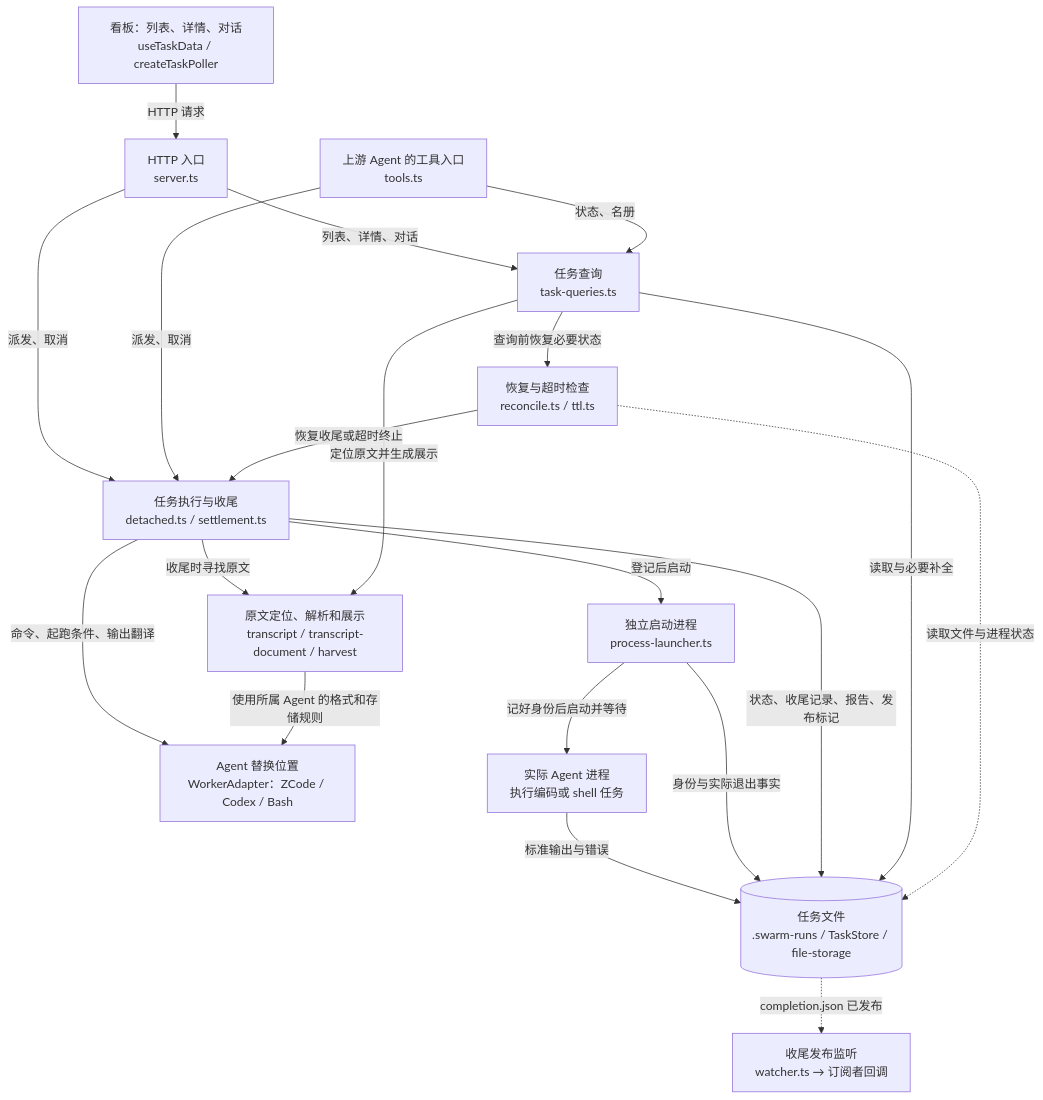
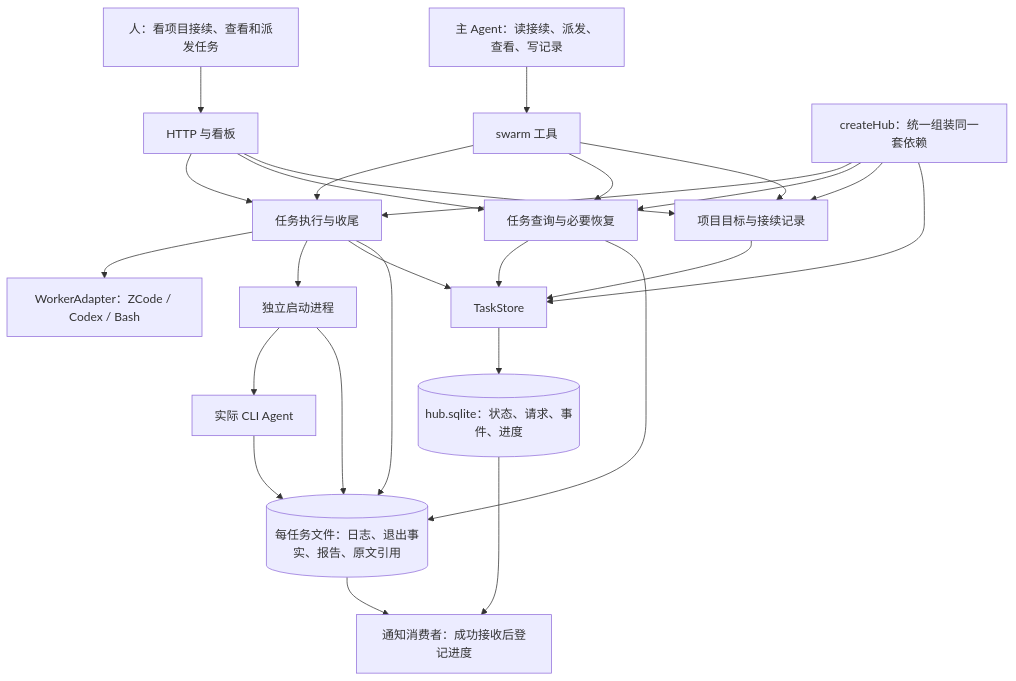
Before and after one commit to zhm20001/agent-hub: the first of 2 diagrams in docs/ARCHITECTURE.md, drawn with Mermaid. The commit also changed other lines of this file and 4 other files, not shown here.

````diff
--- a/docs/ARCHITECTURE.md
+++ b/docs/ARCHITECTURE.md
@@ -19,35 +13,28 @@
 ```mermaid
 flowchart TB
-    Board["看板：列表、详情、对话<br/>useTaskData / createTaskPoller"]
-    HTTP["HTTP 入口<br/>server.ts"]
-    Tools["上游 Agent 的工具入口<br/>tools.ts"]
-    Life["任务执行与收尾<br/>detached.ts / settlement.ts"]
-    Query["任务查询<br/>task-queries.ts"]
-    Adapter["Agent 替换位置<br/>WorkerAdapter：ZCode / Codex / Bash"]
-    Launch["独立启动进程<br/>process-launcher.ts"]
-    Agent["实际 Agent 进程<br/>执行编码或 shell 任务"]
-    Transcript["原文定位、解析和展示<br/>transcript / transcript-document / harvest"]
-    Files[("任务文件<br/>.swarm-runs / TaskStore / file-storage")]
-    Guard["恢复与超时检查<br/>reconcile.ts / ttl.ts"]
-    Notice["收尾发布监听<br/>watcher.ts → 订阅者回调"]
-
-    Board -->|HTTP 请求| HTTP
-    HTTP -->|派发、取消| Life
-    Tools -->|派发、取消| Life
-    HTTP -->|列表、详情、对话| Query
-    Tools -->|状态、名册| Query
-    Life -->|命令、起跑条件、输出翻译| Adapter
-    Life -->|登记后启动| Launch
-    Launch -->|记好身份后启动并等待| Agent
-    Agent -->|标准输出与错误| Files
-    Launch -->|身份与实际退出事实| Files
-    Life -->|状态、收尾记录、报告、发布标记| Files
-    Life -->|收尾时寻找原文| Transcript
-    Query -->|读取与必要补全| Files
-    Query -->|定位原文并生成展示| Transcript
-    Transcript -->|使用所属 Agent 的格式和存储规则| Adapter
-    Guard -.->|读取文件与进程状态| Files
-    Guard -->|恢复收尾或超时终止| Life
-    Query -->|查询前恢复必要状态| Guard
-    Files -.->|completion.json 已发布| Notice
+    Human["人：看项目接续、查看和派发任务"] --> HTTP["HTTP 与看板"]
+    Lead["主 Agent：读接续、派发、查看、写记录"] --> Tools["swarm 工具"]
+    Assembly["createHub：统一组装同一套依赖"] --> Engine["任务执行与收尾"]
+    Assembly --> Queries["任务查询与必要恢复"]
+    Assembly --> Projects["项目目标与接续记录"]
+    Assembly --> Store["TaskStore"]
+    HTTP --> Engine
+    HTTP --> Queries
+    HTTP --> Projects
+    Tools --> Engine
+    Tools --> Queries
+    Tools --> Projects
+    Engine --> Adapter["WorkerAdapter：ZCode / Codex / Bash"]
+    Engine --> Launcher["独立启动进程"]
+    Launcher --> Agent["实际 CLI Agent"]
+    Engine --> Store
+    Queries --> Store
+    Projects --> Store
+    Store --> DB[("hub.sqlite：状态、请求、事件、进度")]
+    Engine --> Files[("每任务文件：日志、退出事实、报告、原文引用")]
+    Agent --> Files
+    Launcher --> Files
+    Queries --> Files
+    DB --> Notice["通知消费者：成功接收后登记进度"]
+    Files --> Notice
 ```
````
